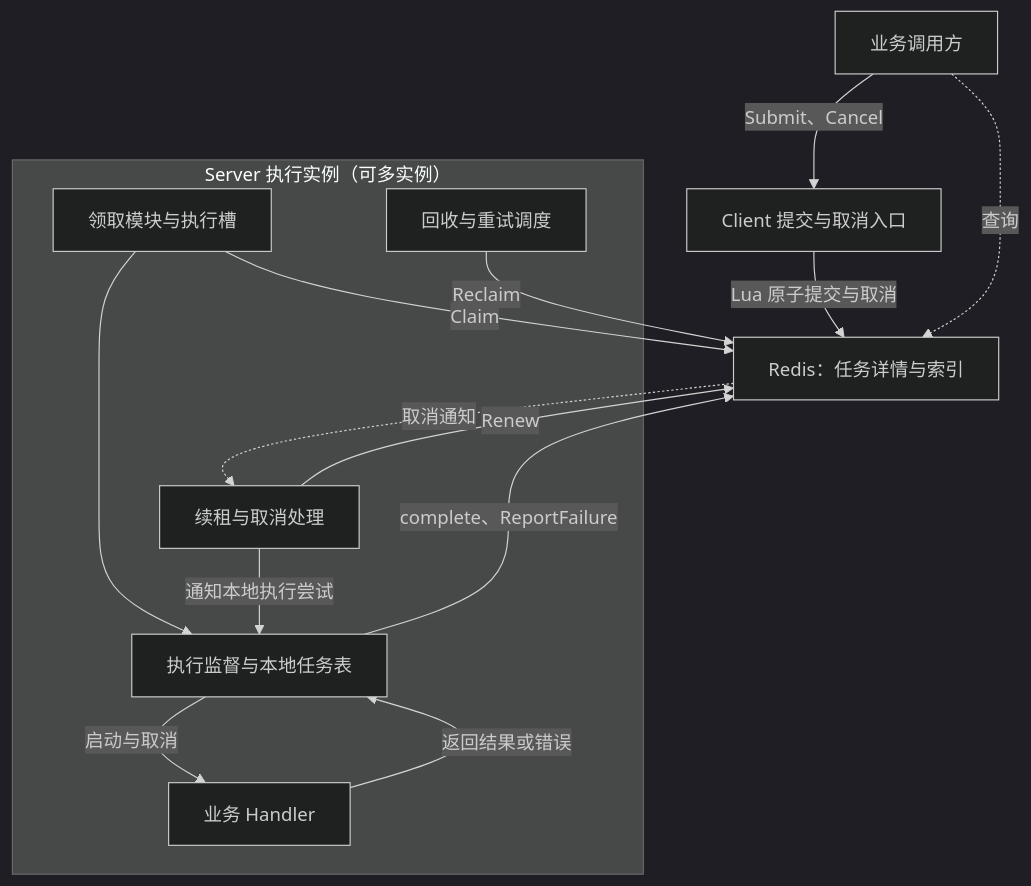
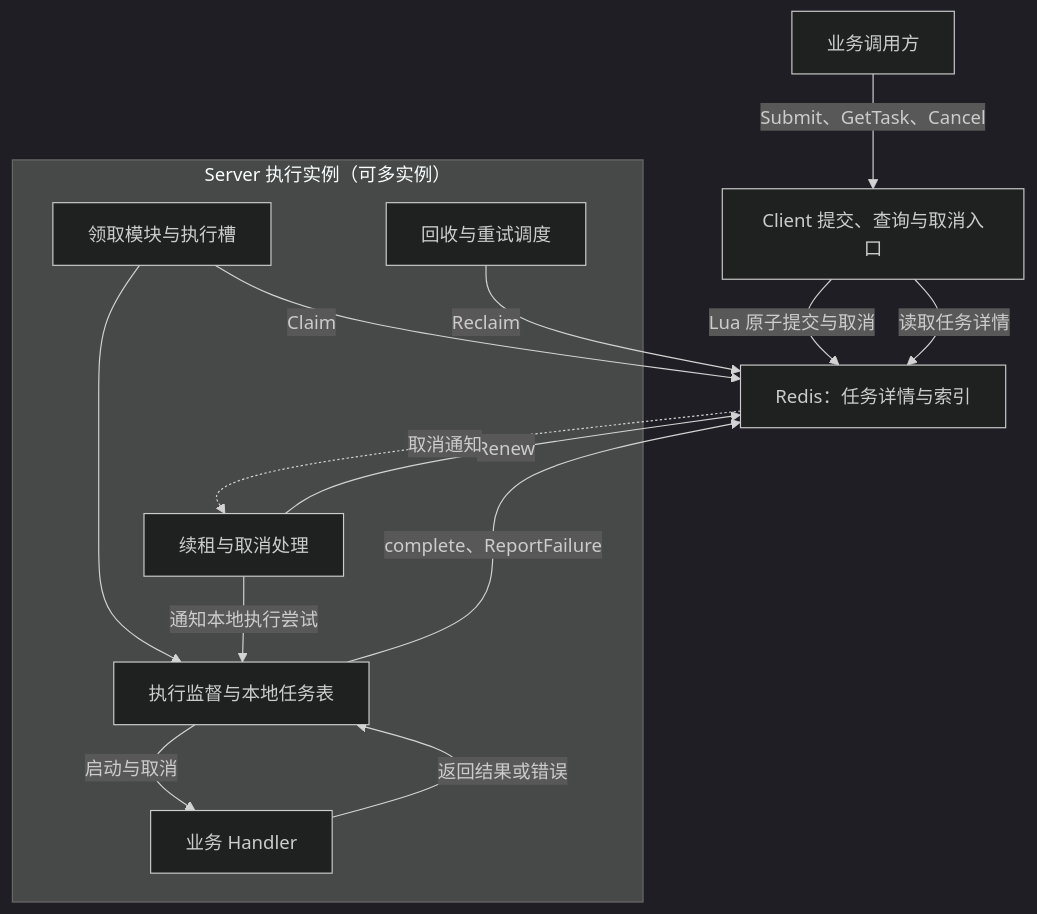
Before and after one commit to wang-kang-tuoinai/TaskHarbor: the diagram in docs/项目概览.md, drawn with Mermaid (dark theme). The commit also changed other lines of this file and 8 other files, not shown here.

````diff
--- a/docs/项目概览.md
+++ b/docs/项目概览.md
@@ -58,25 +58,25 @@
 ```mermaid
 flowchart TB
     C["业务调用方"]
-    P["Client 提交与取消入口"]
+    P["Client 提交、查询与取消入口"]
     R["Redis：任务详情与索引"]
     subgraph S["Server 执行实例（可多实例）"]
         L["领取模块与执行槽"]
         E["执行监督与本地任务表"]
         H["业务 Handler"]
         N["续租与取消处理"]
         Q["回收与重试调度"]
         L --> E
         E -->|启动与取消| H
         H -->|返回结果或错误| E
         N -->|通知本地执行尝试| E
     end
-    C -->|Submit、Cancel| P
+    C -->|Submit、GetTask、Cancel| P
     P -->|Lua 原子提交与取消| R
-    C -.->|查询| R
+    P -->|读取任务详情| R
     L -->|Claim| R
     E -->|complete、ReportFailure| R
     N -->|Renew| R
     R -.->|取消通知| N
     Q -->|Reclaim| R
 ```
````
